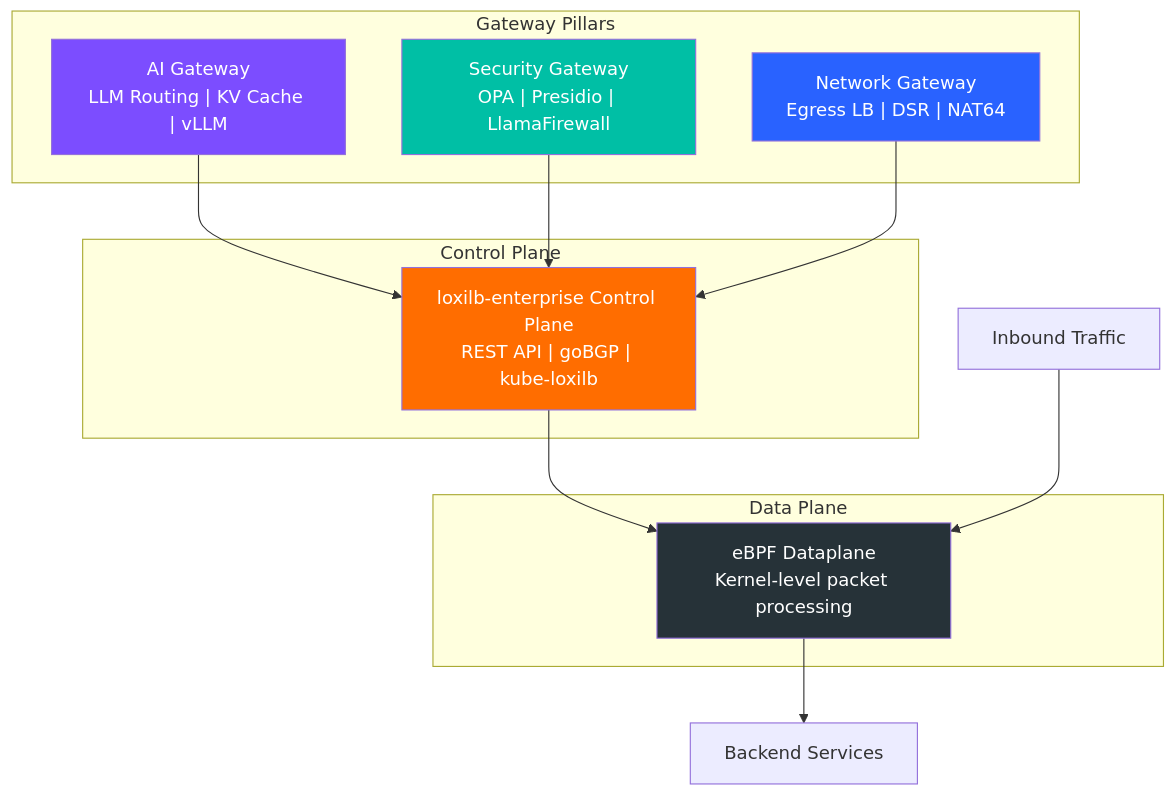
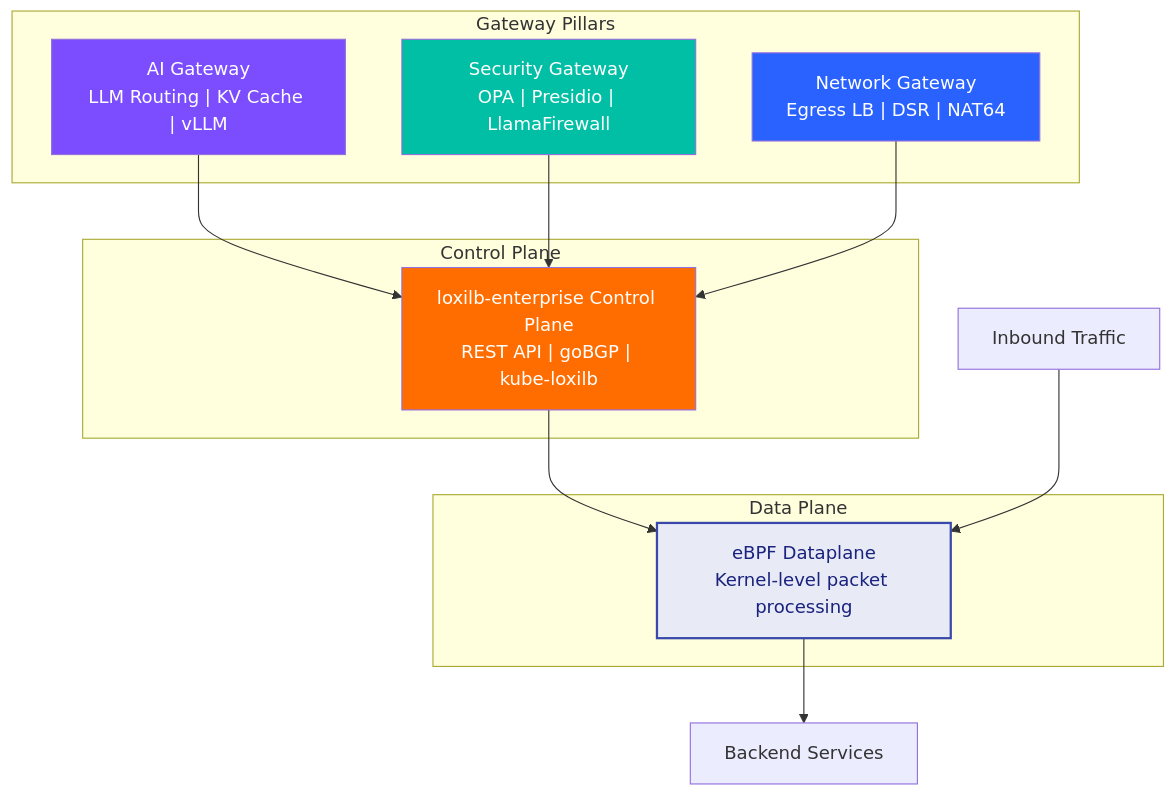
One commit to NLX-SeokHwanKong/loxilbdocs changed the diagram in docs/concepts/unified-gateway.md. Above: the diagram before and after it, drawn with Mermaid. The commit also changed 1 other file, not shown here.

Commit message:
docs: rewrite api-key-management.md and fix unified-gateway DP color

````diff
--- a/docs/concepts/unified-gateway.md
+++ b/docs/concepts/unified-gateway.md
@@ -59,30 +59,30 @@
 ```mermaid
 graph TB
     subgraph "Gateway Pillars"
         AI["AI Gateway<br/>LLM Routing | KV Cache | vLLM"]
         SEC["Security Gateway<br/>OPA | Presidio | LlamaFirewall"]
         NET["Network Gateway<br/>Egress LB | DSR | NAT64"]
     end
 
     subgraph "Control Plane"
         CP["loxilb-enterprise Control Plane<br/>REST API | goBGP | kube-loxilb"]
     end
 
     subgraph "Data Plane"
         DP["eBPF Dataplane<br/>Kernel-level packet processing"]
     end
 
     AI --> CP
     SEC --> CP
     NET --> CP
     CP --> DP
 
     IN["Inbound Traffic"] --> DP
     DP --> OUT["Backend Services"]
 
     style AI fill:#7c4dff,color:#fff
     style SEC fill:#00bfa5,color:#fff
     style NET fill:#2962ff,color:#fff
     style CP fill:#ff6d00,color:#fff
-    style DP fill:#263238,color:#fff
+    style DP fill:#e8eaf6,stroke:#3949ab,stroke-width:2px,color:#1a237e
 ```
````
